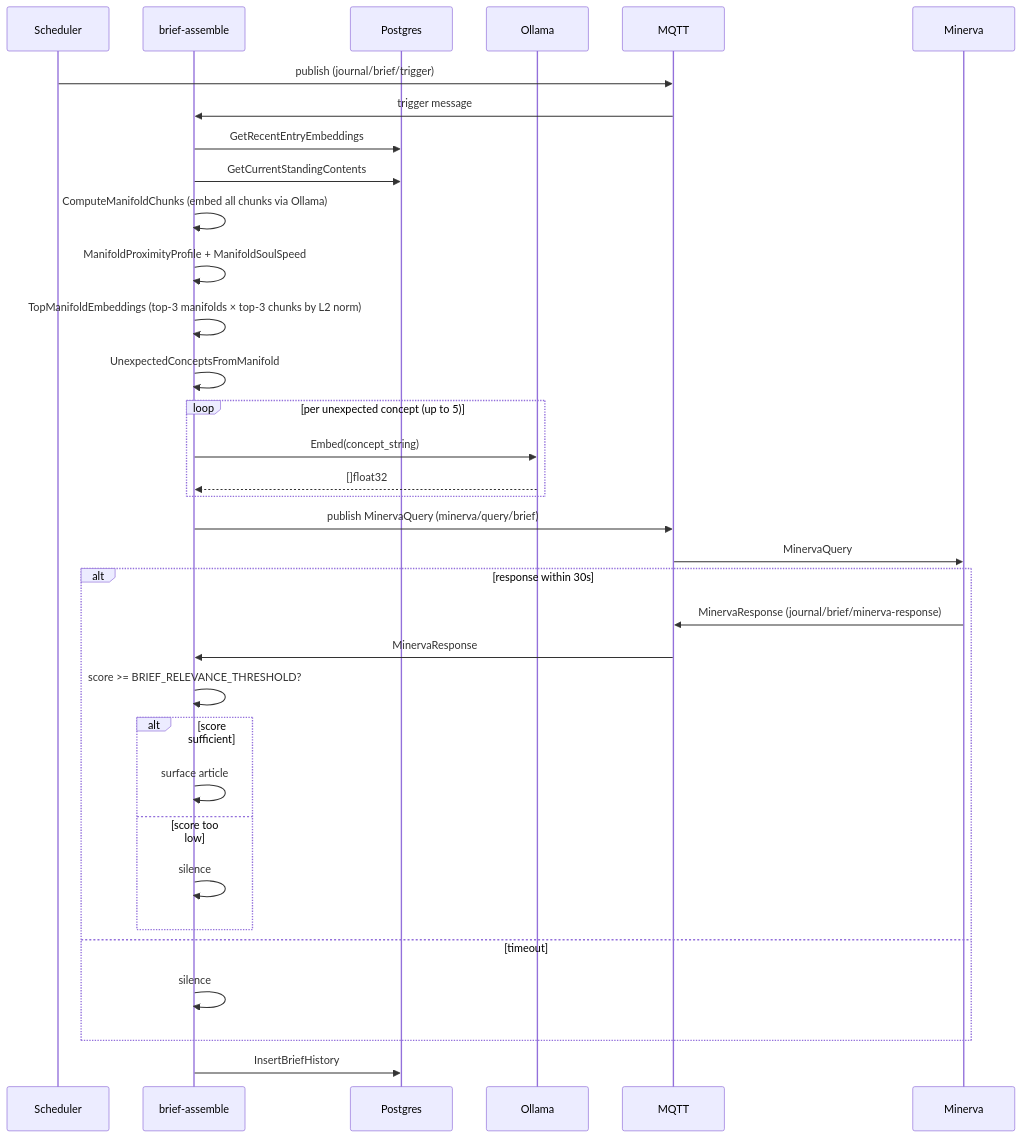
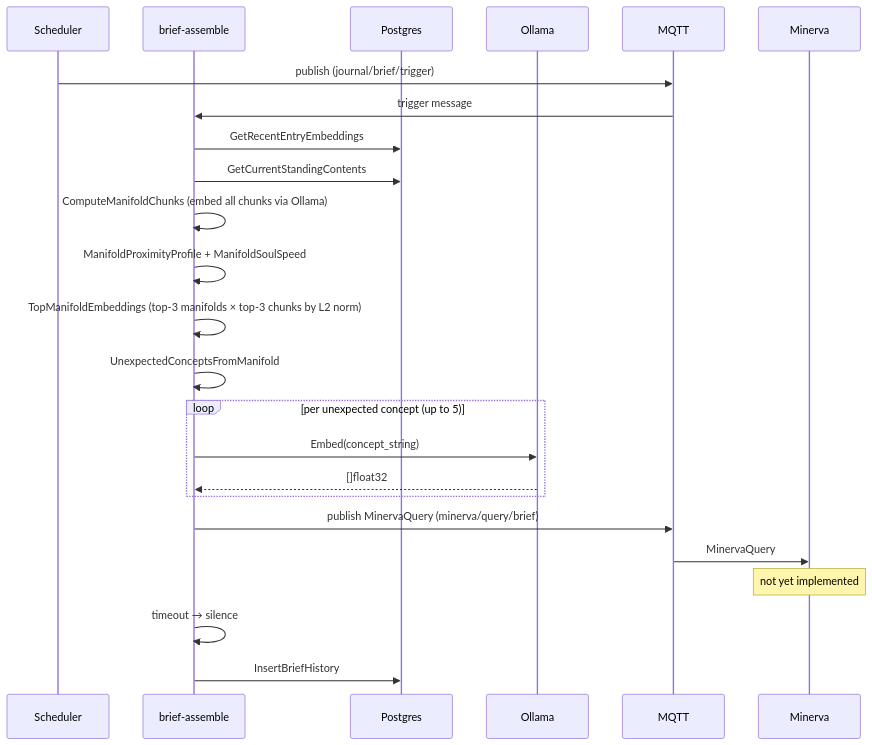
The fourth of 5 diagrams in ARCHITECTURE.md (saaga0h/journal), drawn with Mermaid before and after one commit. The commit also changed other lines of this file, not shown here.

Commit message:
feat: update Minerva integration protocol documentation to clarify expected behavior and current limitations

````diff
--- a/ARCHITECTURE.md
+++ b/ARCHITECTURE.md
@@ -150,39 +150,28 @@
 ```mermaid
 sequenceDiagram
     participant Scheduler
     participant BA as brief-assemble
     participant DB as Postgres
     participant Ollama
     participant MQTT
     participant Minerva
 
     Scheduler->>MQTT: publish (journal/brief/trigger)
     MQTT->>BA: trigger message
 
     BA->>DB: GetRecentEntryEmbeddings
     BA->>DB: GetCurrentStandingContents
     BA->>BA: ComputeManifoldChunks (embed all chunks via Ollama)
     BA->>BA: ManifoldProximityProfile + ManifoldSoulSpeed
     BA->>BA: TopManifoldEmbeddings (top-3 manifolds × top-3 chunks by L2 norm)
     BA->>BA: UnexpectedConceptsFromManifold
     loop per unexpected concept (up to 5)
         BA->>Ollama: Embed(concept_string)
         Ollama-->>BA: []float32
     end
     BA->>MQTT: publish MinervaQuery (minerva/query/brief)
     MQTT->>Minerva: MinervaQuery
-
-    alt response within 30s
-        Minerva->>MQTT: MinervaResponse (journal/brief/minerva-response)
-        MQTT->>BA: MinervaResponse
-        BA->>BA: score >= BRIEF_RELEVANCE_THRESHOLD?
-        alt score sufficient
-            BA->>BA: surface article
-        else score too low
-            BA->>BA: silence
-        end
-    else timeout
-        BA->>BA: silence
-    end
+    note over Minerva: not yet implemented
+    BA->>BA: timeout → silence
     BA->>DB: InsertBriefHistory
 ```
````
